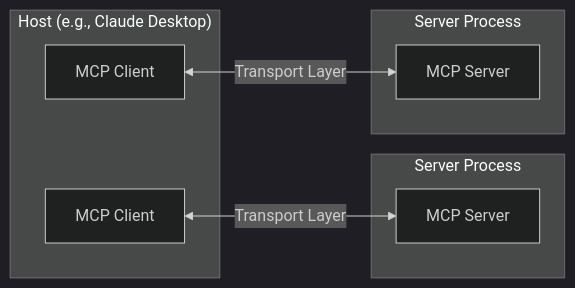
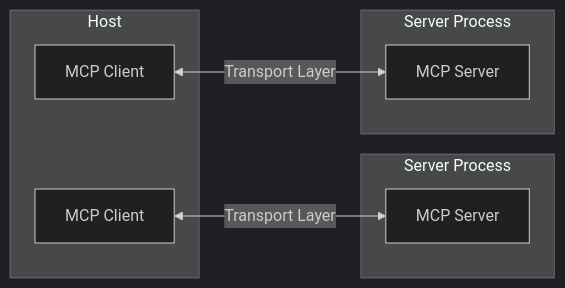
Before and after one commit to zcstarr/modelcontextprotocol: the first of 2 diagrams in docs/concepts/architecture.mdx, drawn with Mermaid (dark theme).

Commit message:
fixed mermaid

````diff
--- a/docs/concepts/architecture.mdx
+++ b/docs/concepts/architecture.mdx
@@ -16,16 +16,16 @@
 ```mermaid
 flowchart LR
-    subgraph "&nbsp;Host (e.g., Claude Desktop)&nbsp;"
+    subgraph "&nbsp;Host&nbsp;"
         client1[MCP Client]
         client2[MCP Client]
     end
     subgraph "Server Process"
         server1[MCP Server]
     end
     subgraph "Server Process"
         server2[MCP Server]
     end
 
     client1 <-->|Transport Layer| server1
     client2 <-->|Transport Layer| server2
 ```
````
